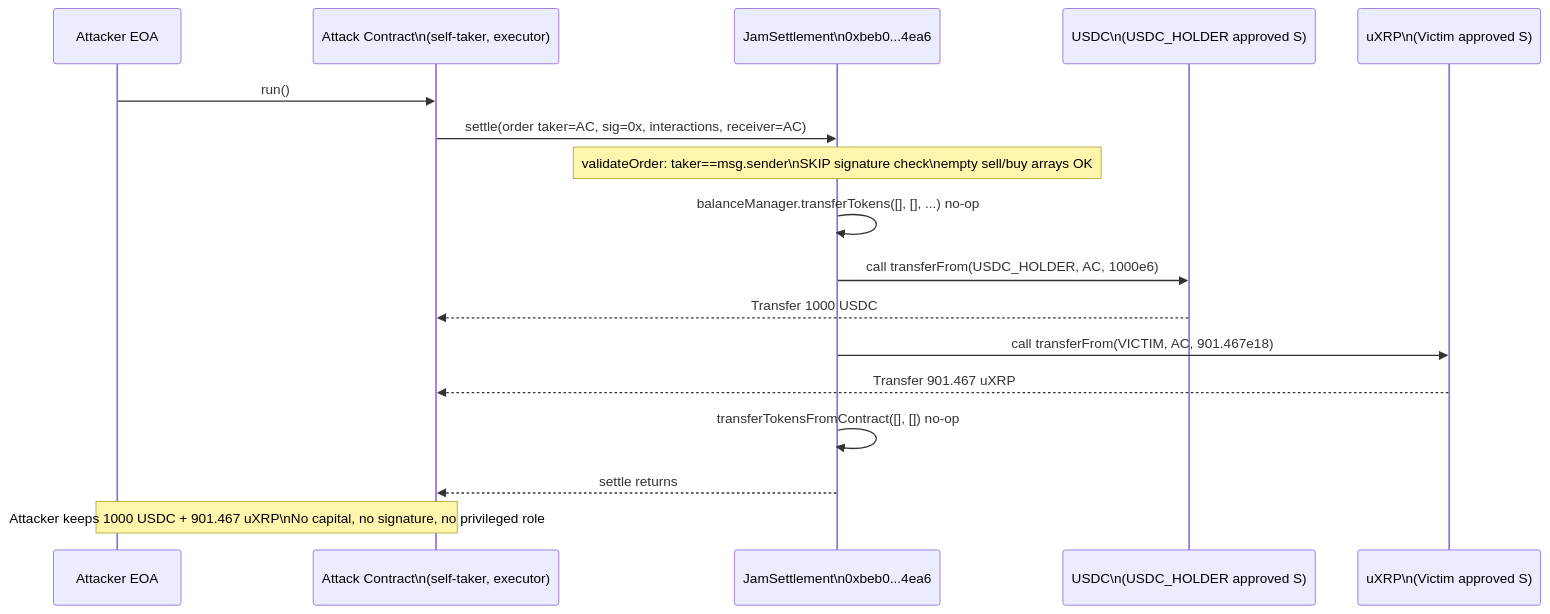
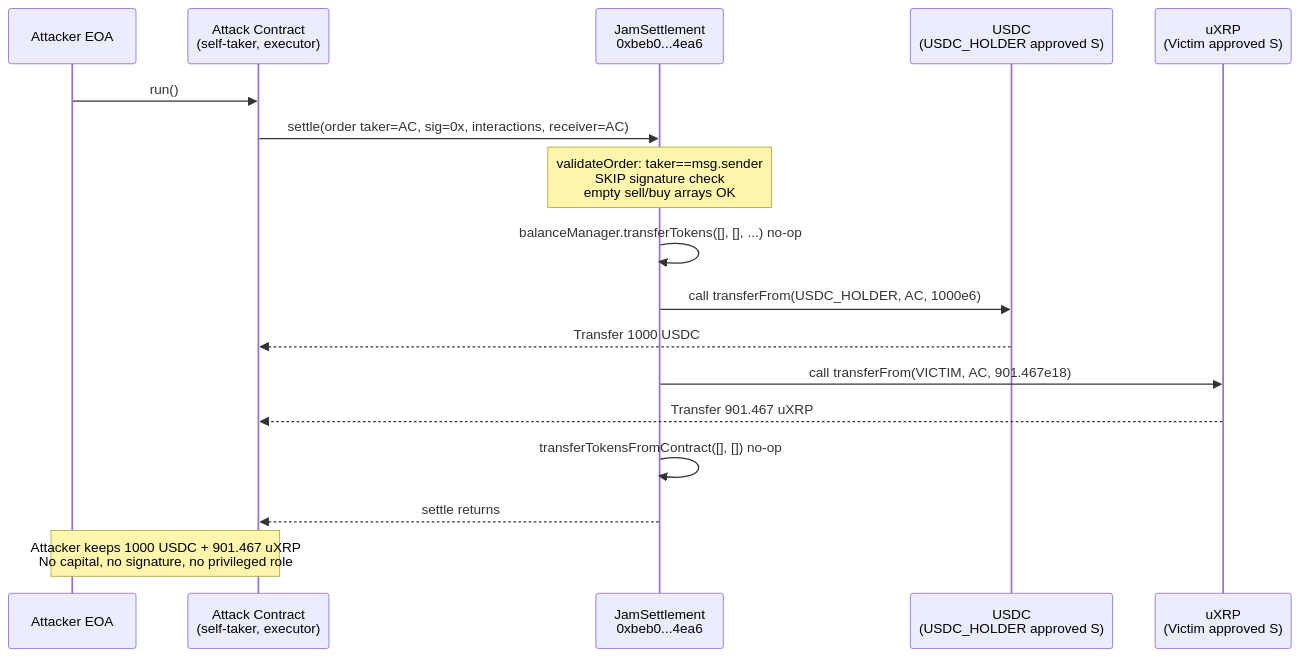
Before and after one commit to sanbir/evm-hack-registry: the first of 2 diagrams in 2025-08-BaseBebopSettlement_exp/BaseBebopSettlement_exp.md, drawn with Mermaid. The commit also changed other lines of this file and 280 other files, not shown here.

Commit message:
mermaid fixes

````diff
--- a/2025-08-BaseBebopSettlement_exp/BaseBebopSettlement_exp.md
+++ b/2025-08-BaseBebopSettlement_exp/BaseBebopSettlement_exp.md
@@ -164,20 +164,20 @@
 ```mermaid
 sequenceDiagram
     participant A as Attacker EOA
-    participant AC as Attack Contract\n(self-taker, executor)
-    participant S as JamSettlement\n0xbeb0...4ea6
-    participant U as USDC\n(USDC_HOLDER approved S)
-    participant X as uXRP\n(Victim approved S)
+    participant AC as Attack Contract<br/>(self-taker, executor)
+    participant S as JamSettlement<br/>0xbeb0...4ea6
+    participant U as USDC<br/>(USDC_HOLDER approved S)
+    participant X as uXRP<br/>(Victim approved S)
 
     A->>AC: run()
     AC->>S: settle(order taker=AC, sig=0x, interactions, receiver=AC)
-    Note over S: validateOrder: taker==msg.sender\nSKIP signature check\nempty sell/buy arrays OK
+    Note over S: validateOrder: taker==msg.sender<br/>SKIP signature check<br/>empty sell/buy arrays OK
     S->>S: balanceManager.transferTokens([], [], ...) no-op
     S->>U: call transferFrom(USDC_HOLDER, AC, 1000e6)
     U-->>AC: Transfer 1000 USDC
     S->>X: call transferFrom(VICTIM, AC, 901.467e18)
     X-->>AC: Transfer 901.467 uXRP
     S->>S: transferTokensFromContract([], []) no-op
     S-->>AC: settle returns
-    Note over A,AC: Attacker keeps 1000 USDC + 901.467 uXRP\nNo capital, no signature, no privileged role
+    Note over A,AC: Attacker keeps 1000 USDC + 901.467 uXRP<br/>No capital, no signature, no privileged role
 ```
````
